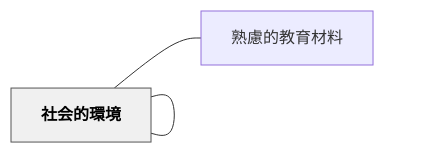
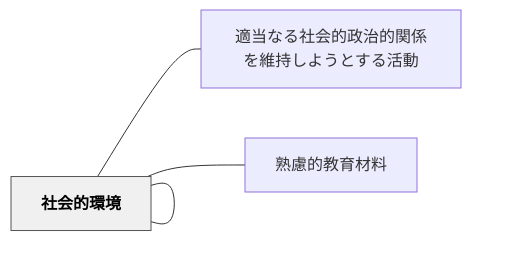
Before and after one commit to unknownthings-ed-patterns/unknownthings-ed-patterns: the diagram in content/パタン/社会法則に関する知識体系.md, drawn with Mermaid. The commit also changed other lines of this file and 473 other files, not shown here.

````diff
--- a/content/パタン/社会法則に関する知識体系.md
+++ b/content/パタン/社会法則に関する知識体系.md
@@ -42,12 +43,14 @@
 ```mermaid
 flowchart LR
     ne7a4bee4bc9a["社会法則に関する知識体系"]
+    ne981a9e5bd93["適当なる社会的政治的関係を維持しようとする活動"]
     ne7869fe685ae["熟慮的教育材料"]
     ne7a4bee4bc9a["社会的環境"]
 
+    ne7a4bee4bc9a --- ne981a9e5bd93
     ne7a4bee4bc9a --- ne7869fe685ae
     ne7a4bee4bc9a --- ne7a4bee4bc9a
 
     classDef hub fill:#f0f0f0,stroke:#555,color:#000,font-weight:bold
     class ne7a4bee4bc9a hub
 ```
````
